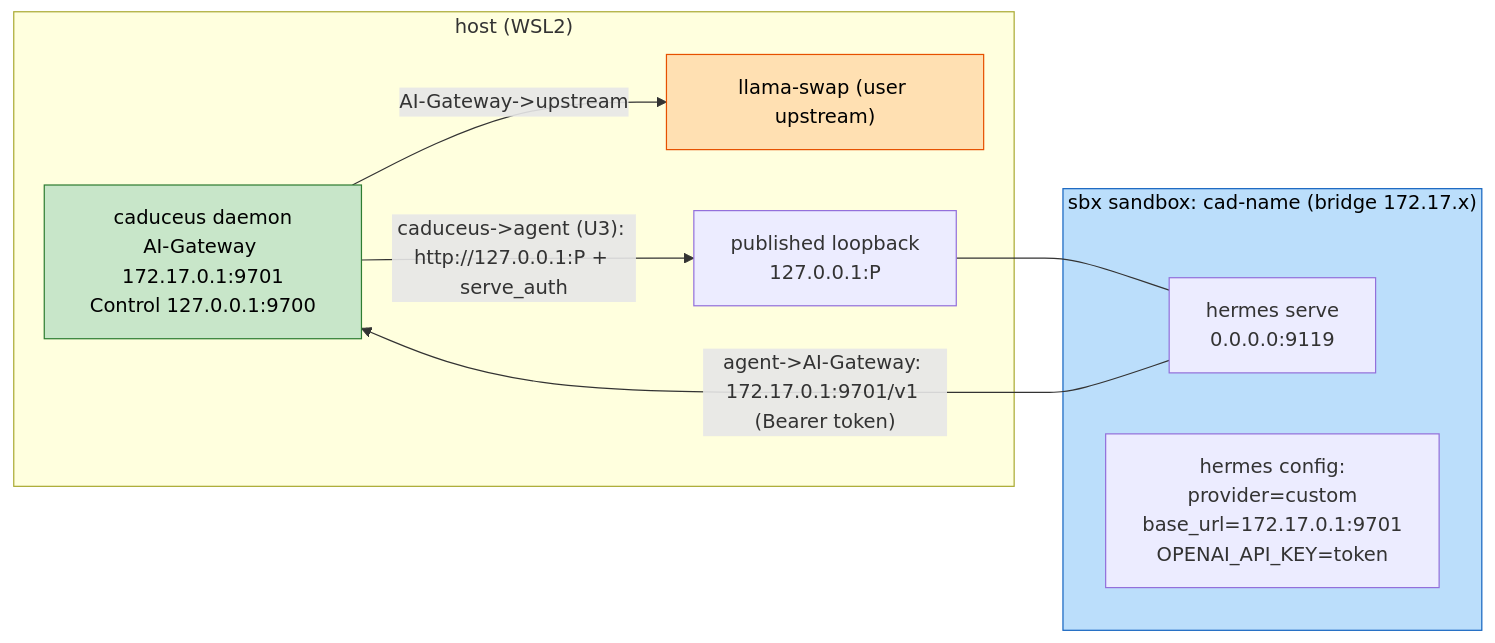
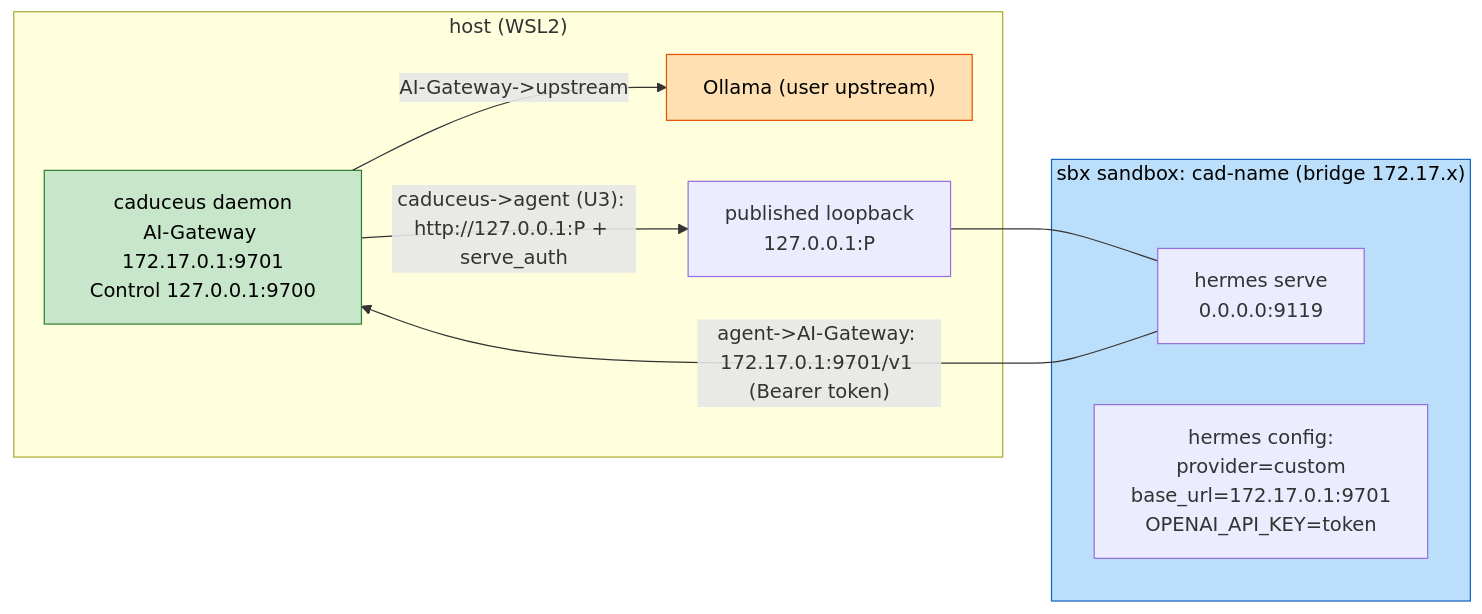
Before and after one commit to jay-ai-project/caduceus: the diagram in aidlc-docs/construction/u2-registry-provisioner/infrastructure-design/deployment-architecture.md, drawn with Mermaid. The commit also changed 29 other files, not shown here.

Commit message:
Remove personal-environment residue (localhost:9292, llamacpp/gemma-4-12b, llama-swap) for OSS release; use Ollama defaults in hints

````diff
--- a/aidlc-docs/construction/u2-registry-provisioner/infrastructure-design/deployment-architecture.md
+++ b/aidlc-docs/construction/u2-registry-provisioner/infrastructure-design/deployment-architecture.md
@@ -5,19 +5,19 @@
 ```mermaid
 flowchart LR
     subgraph HOST["host (WSL2)"]
         DAEMON["caduceus daemon<br/>AI-Gateway 172.17.0.1:9701<br/>Control 127.0.0.1:9700"]
-        LS["llama-swap (user upstream)"]
+        LS["Ollama (user upstream)"]
         PORT["published loopback<br/>127.0.0.1:P"]
     end
     subgraph SBX["sbx sandbox: cad-name (bridge 172.17.x)"]
         HX["hermes serve<br/>0.0.0.0:9119"]
         HCFG["hermes config:<br/>provider=custom<br/>base_url=172.17.0.1:9701<br/>OPENAI_API_KEY=token"]
     end
     DAEMON -->|"caduceus->agent (U3): http://127.0.0.1:P + serve_auth"| PORT
     PORT --- HX
     HX -->|"agent->AI-Gateway: 172.17.0.1:9701/v1 (Bearer token)"| DAEMON
     DAEMON -->|"AI-Gateway->upstream"| LS
     style DAEMON fill:#C8E6C9,stroke:#2E7D32,color:#000
     style SBX fill:#BBDEFB,stroke:#1565C0,color:#000
     style LS fill:#FFE0B2,stroke:#E65100,color:#000
 ```
````
